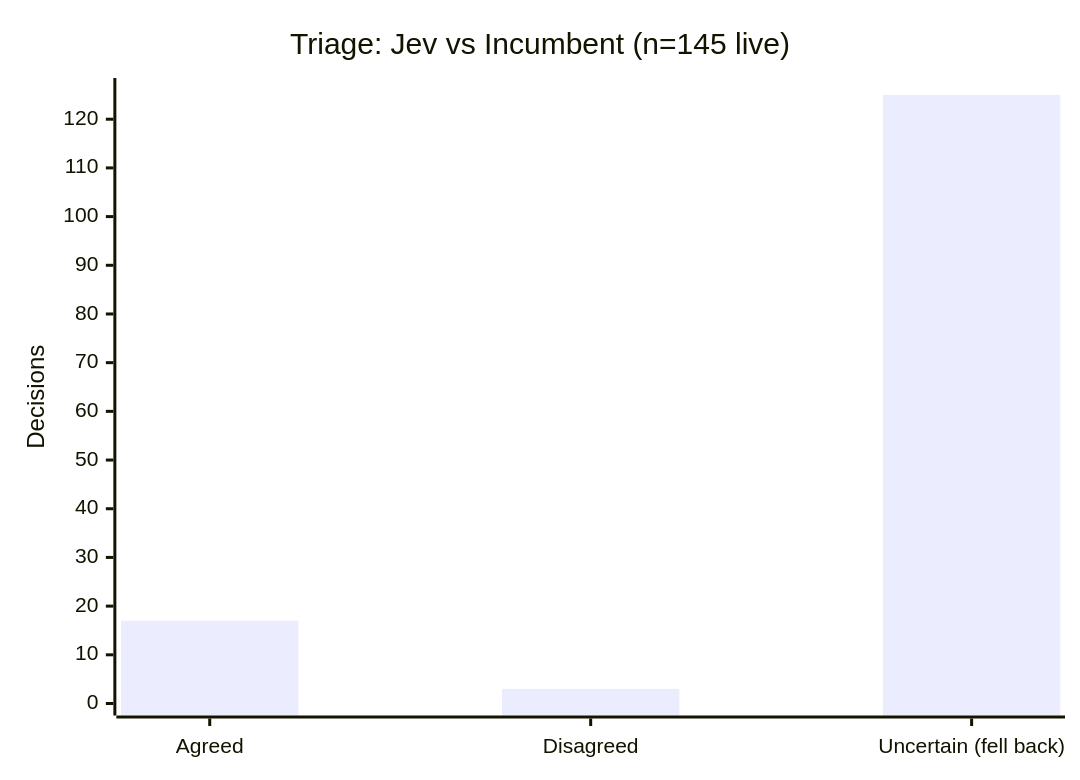
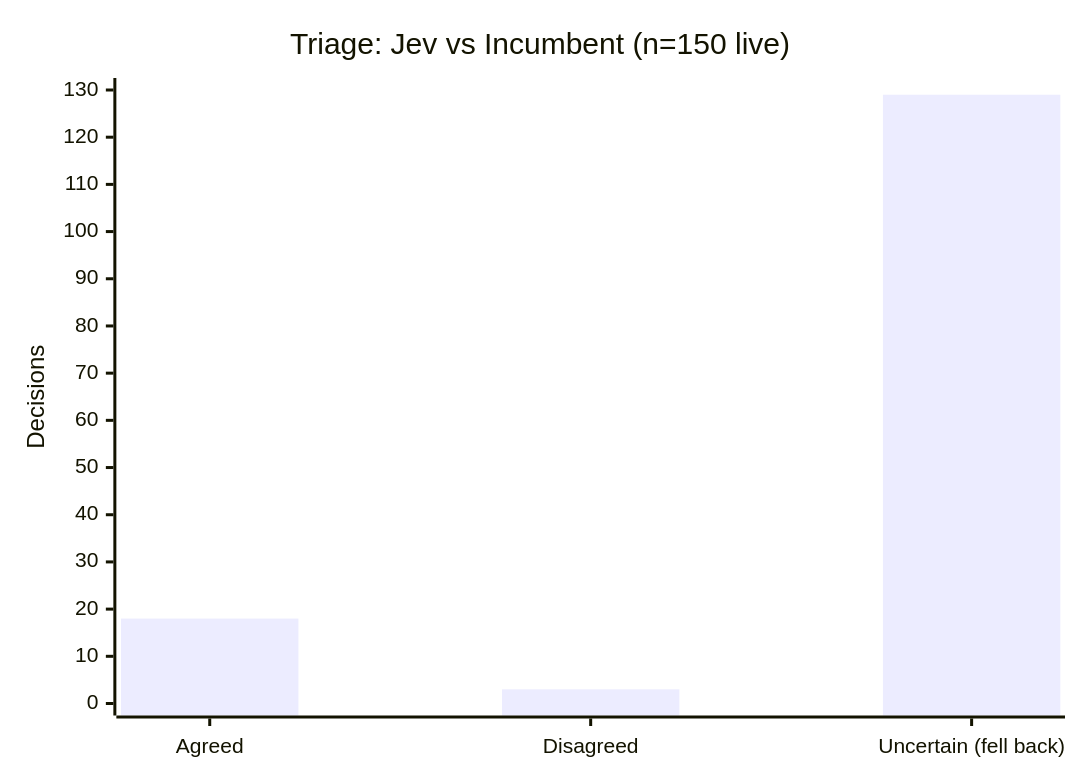
The first of 4 diagrams in JEV.md (Sanctum-Origo-Systems/patina), drawn with Mermaid before and after one commit. The commit also changed other lines of this file, not shown here.

Commit message:
chore: update jev report (2026-11-19) (#695)

````diff
--- a/JEV.md
+++ b/JEV.md
@@ -9,7 +9,7 @@
 ```mermaid
 xychart-beta
-    title "Triage: Jev vs Incumbent (n=145 live)"
+    title "Triage: Jev vs Incumbent (n=150 live)"
     x-axis ["Agreed", "Disagreed", "Uncertain (fell back)"]
-    y-axis "Decisions" 0 --> 126
-    bar [17, 3, 125]
+    y-axis "Decisions" 0 --> 130
+    bar [18, 3, 129]
 ```
````
